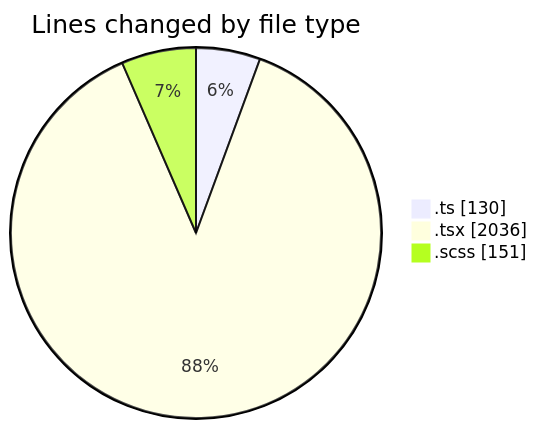
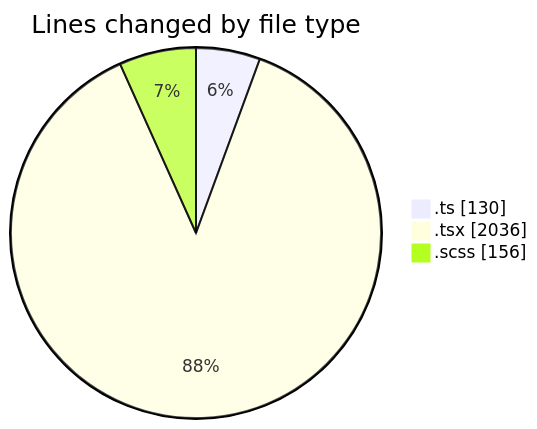
Before and after one commit to momahboobian/code-tracking: the first of 2 diagrams in 2026-11-05/cda/README.md, drawn with Mermaid. The commit also changed other lines of this file and 1 other file, not shown here.

````diff
--- a/2026-11-05/cda/README.md
+++ b/2026-11-05/cda/README.md
@@ -29,7 +29,7 @@
 ```mermaid
 pie showData
 title Lines changed by file type
 ".ts" : 130
 ".tsx" : 2036
-".scss" : 151
+".scss" : 156
 ```
````
